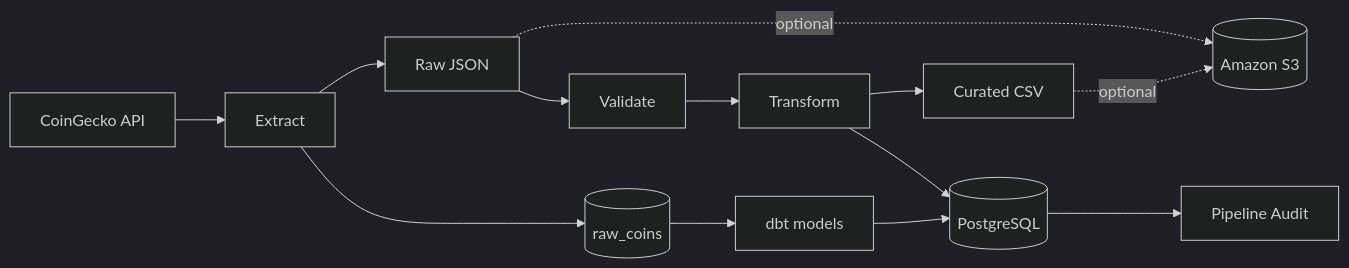
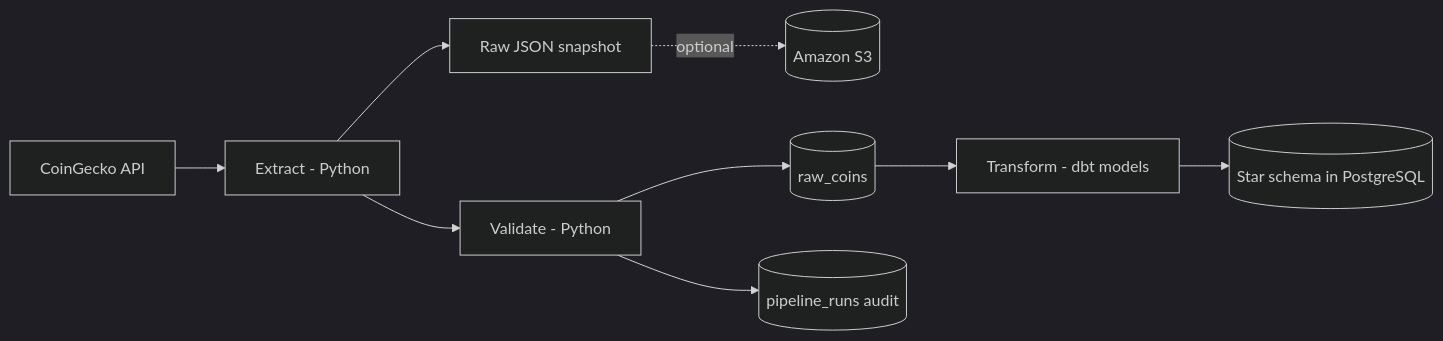
Before and after one commit to JENILKHUNT99/CryptoCurrency_ETL: the first of 2 diagrams in README.md, drawn with Mermaid (dark theme). The commit also changed other lines of this file, not shown here.

First line of the commit message:
docs: rewrite README for the ELT architecture

````diff
--- a/README.md
+++ b/README.md
@@ -7,15 +17,11 @@
 ```mermaid
 flowchart LR
-    API[CoinGecko API] --> EXTRACT[Extract]
-    EXTRACT --> RAW[Raw JSON]
-    RAW --> VALIDATE[Validate]
-    VALIDATE --> TRANSFORM[Transform]
-    TRANSFORM --> CURATED[Curated CSV]
-    TRANSFORM --> DB[(PostgreSQL)]
-    EXTRACT --> RAWCOINS[(raw_coins)]
-    RAWCOINS --> DBT[dbt models]
-    DBT --> DB
+    API[CoinGecko API] --> EXTRACT[Extract - Python]
+    EXTRACT --> RAW[Raw JSON snapshot]
+    EXTRACT --> VALIDATE[Validate - Python]
+    VALIDATE --> RAWCOINS[(raw_coins)]
+    RAWCOINS --> DBT[Transform - dbt models]
+    DBT --> STAR[(Star schema in PostgreSQL)]
     RAW -. optional .-> S3[(Amazon S3)]
-    CURATED -. optional .-> S3
-    DB --> AUDIT[Pipeline Audit]
+    VALIDATE --> AUDIT[(pipeline_runs audit)]
 ```
````
